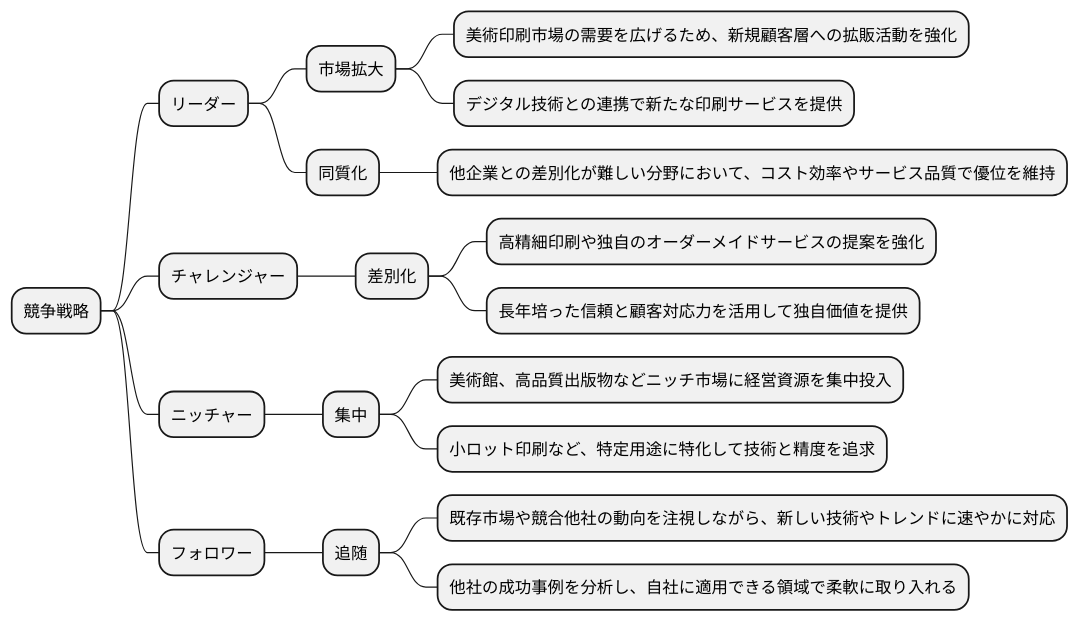
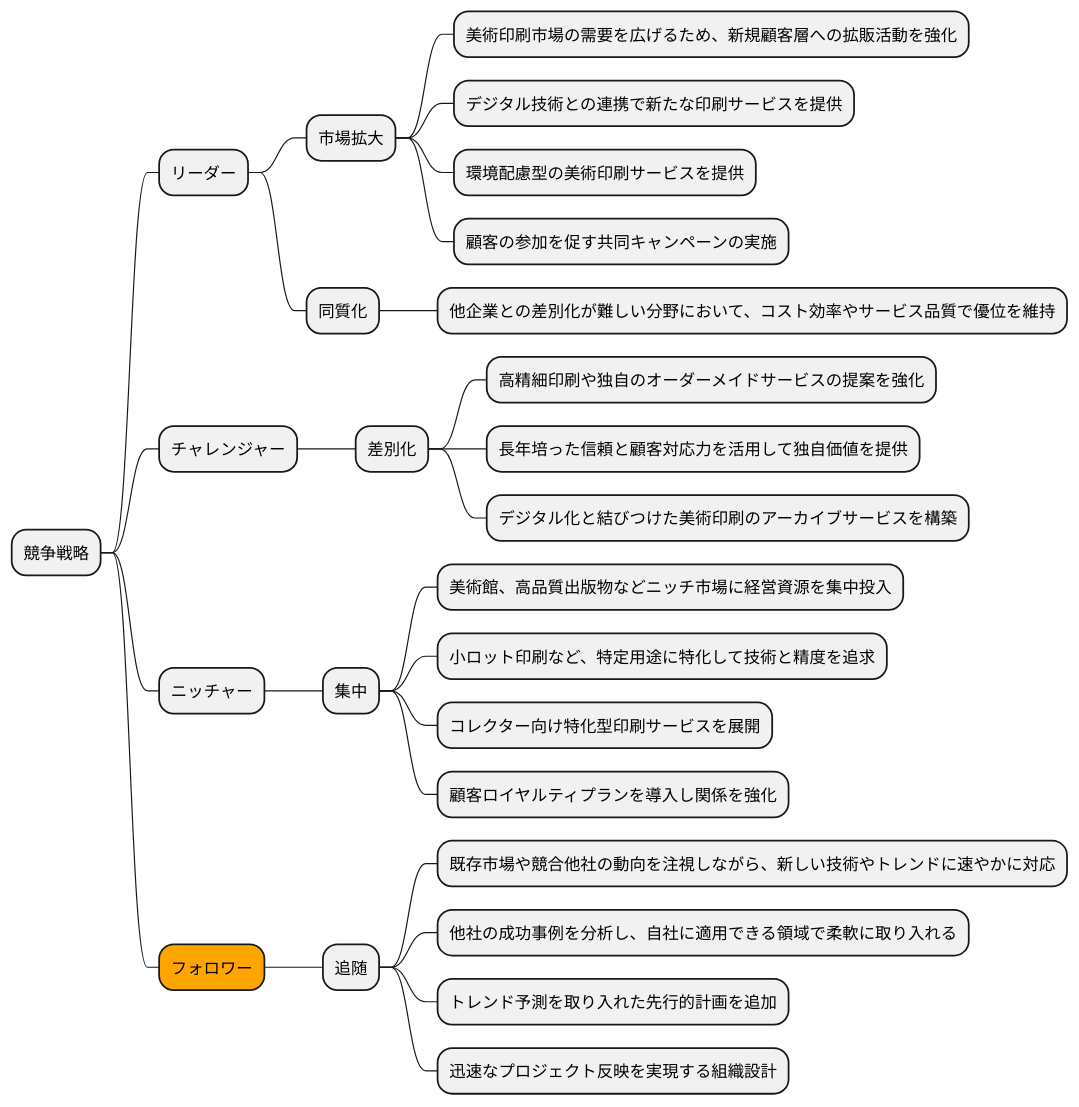
The ninth of 19 diagrams in docs/case/r03_case_1.adoc (k2works/case-study-business-analysis), drawn with PlantUML before and after one commit. The commit also changed other lines of this file, not shown here.

```diff
--- a/docs/case/r03_case_1.adoc
+++ b/docs/case/r03_case_1.adoc
@@ -307,26 +334,33 @@
 [plantuml]
 ----
 @startmindmap
 
 * 競争戦略
 ** リーダー
 *** 市場拡大
 **** 美術印刷市場の需要を広げるため、新規顧客層への拡販活動を強化
 **** デジタル技術との連携で新たな印刷サービスを提供
+**** 環境配慮型の美術印刷サービスを提供
+**** 顧客の参加を促す共同キャンペーンの実施
 *** 同質化
 **** 他企業との差別化が難しい分野において、コスト効率やサービス品質で優位を維持
 ** チャレンジャー
 *** 差別化
 **** 高精細印刷や独自のオーダーメイドサービスの提案を強化
 **** 長年培った信頼と顧客対応力を活用して独自価値を提供
+**** デジタル化と結びつけた美術印刷のアーカイブサービスを構築
 ** ニッチャー
 *** 集中
 **** 美術館、高品質出版物などニッチ市場に経営資源を集中投入
 **** 小ロット印刷など、特定用途に特化して技術と精度を追求
-** フォロワー
+**** コレクター向け特化型印刷サービスを展開
+**** 顧客ロイヤルティプランを導入し関係を強化
+**[#orange] フォロワー
 *** 追随
 **** 既存市場や競合他社の動向を注視しながら、新しい技術やトレンドに速やかに対応
 **** 他社の成功事例を分析し、自社に適用できる領域で柔軟に取り入れる
+**** トレンド予測を取り入れた先行的計画を追加
+**** 迅速なプロジェクト反映を実現する組織設計
 
 @endmindmap
 ----
```
